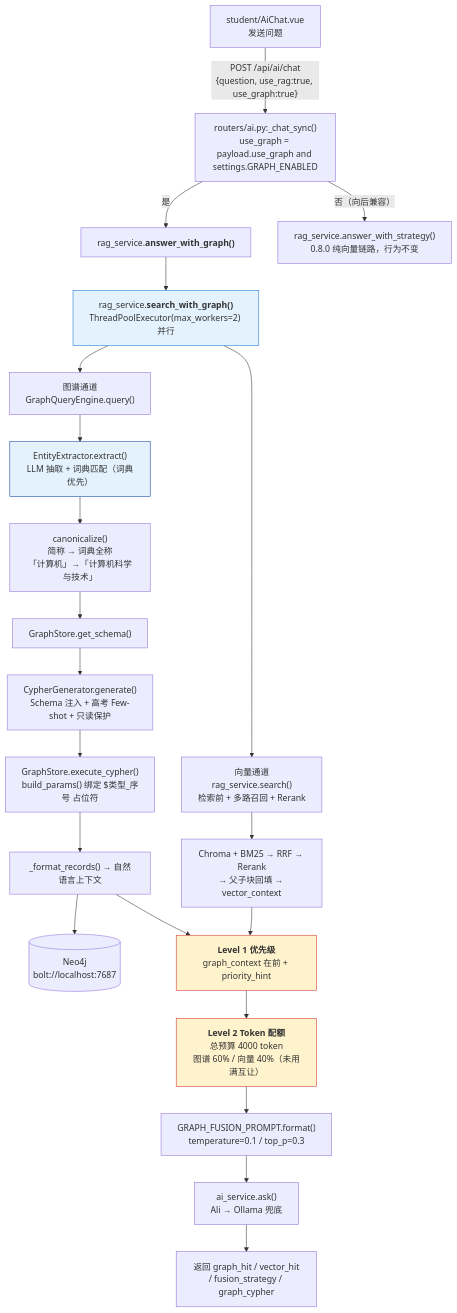
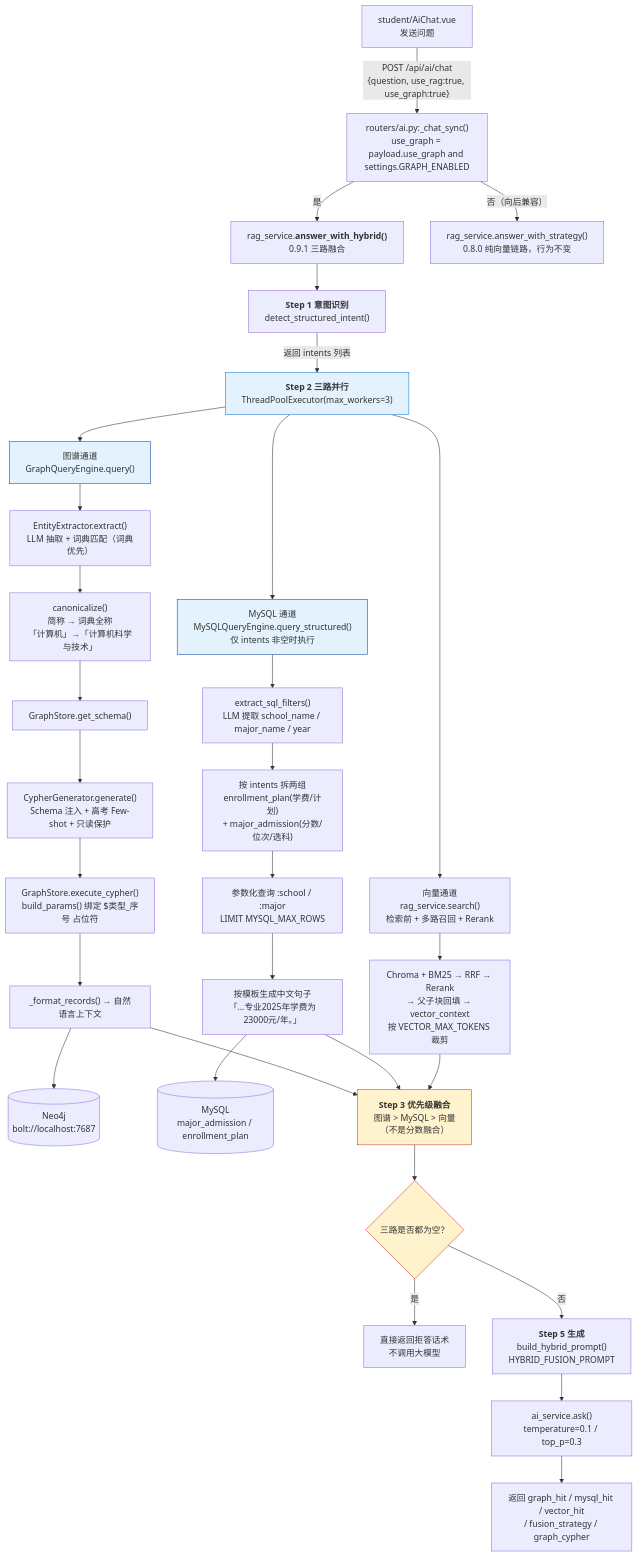
The sixth of 6 diagrams in README.md (TS-DE/college-application-process), drawn with Mermaid before and after one commit. The commit also changed other lines of this file and 9 other files, not shown here.

Commit message:
fix(rag): 0.9.1 修正检索顺序，新增三路融合（图谱 + MySQL + 向量），按「图谱 > MySQL > 向量」优先级分发

````diff
--- a/README.md
+++ b/README.md
@@ -606,32 +610,45 @@
 ```mermaid
 graph TD
     A["student/AiChat.vue<br/>发送问题"] -->|"POST /api/ai/chat<br/>{question, use_rag:true, use_graph:true}"| B["routers/ai.py:_chat_sync()<br/>use_graph = payload.use_graph and settings.GRAPH_ENABLED"]
-    B -->|"是"| C["rag_service.<b>answer_with_graph()</b>"]
+    B -->|"是"| C["rag_service.<b>answer_with_hybrid()</b><br/>0.9.1 三路融合"]
     B -->|"否（向后兼容）"| Z["rag_service.answer_with_strategy()<br/>0.8.0 纯向量链路，行为不变"]
 
-    C --> D["rag_service.<b>search_with_graph()</b><br/>ThreadPoolExecutor(max_workers=2) 并行"]
-    D --> D1["图谱通道<br/>GraphQueryEngine.query()"]
-    D --> D2["向量通道<br/>rag_service.search()<br/>检索前 + 多路召回 + Rerank"]
+    C --> S1["<b>Step 1 意图识别</b><br/>detect_structured_intent()"]
+    S1 -->|"返回 intents 列表"| S2["<b>Step 2 三路并行</b><br/>ThreadPoolExecutor(max_workers=3)"]
+
+    S2 --> D1["图谱通道<br/>GraphQueryEngine.query()"]
+    S2 --> D2["MySQL 通道<br/>MySQLQueryEngine.query_structured()<br/>仅 intents 非空时执行"]
+    S2 --> D3["向量通道<br/>rag_service.search()<br/>检索前 + 多路召回 + Rerank"]
 
     D1 --> E1["EntityExtractor.extract()<br/>LLM 抽取 + 词典匹配（词典优先）"]
     E1 --> E2["canonicalize()<br/>简称 → 词典全称<br/>「计算机」→「计算机科学与技术」"]
     E2 --> E3["GraphStore.get_schema()"]
     E3 --> E4["CypherGenerator.generate()<br/>Schema 注入 + 高考 Few-shot + 只读保护"]
     E4 --> E5["GraphStore.execute_cypher()<br/>build_params() 绑定 $类型_序号 占位符"]
     E5 --> E6["_format_records() → 自然语言上下文"]
-    E6 --> G[("Neo4j<br/>bolt://localhost:7687")]
+    E6 --> G1[("Neo4j<br/>bolt://localhost:7687")]
 
-    D2 --> F2["Chroma + BM25 → RRF → Rerank<br/>→ 父子块回填 → vector_context"]
+    D2 --> M1["extract_sql_filters()<br/>LLM 提取 school_name / major_name / year"]
+    M1 --> M2["按 intents 拆两组<br/>enrollment_plan(学费/计划)<br/>+ major_admission(分数/位次/选科)"]
+    M2 --> M3["参数化查询 :school / :major<br/>LIMIT MYSQL_MAX_ROWS"]
+    M3 --> M4["按模板生成中文句子<br/>「…专业2025年学费为23000元/年。」"]
+    M4 --> G2[("MySQL<br/>major_admission / enrollment_plan")]
 
-    E6 --> H["<b>Level 1 优先级</b><br/>graph_context 在前 + priority_hint"]
-    F2 --> H
-    H --> I["<b>Level 2 Token 配额</b><br/>总预算 4000 token<br/>图谱 60% / 向量 40%（未用满互让）"]
-    I --> J["GRAPH_FUSION_PROMPT.format()<br/>temperature=0.1 / top_p=0.3"]
-    J --> K["ai_service.ask()<br/>Ali → Ollama 兜底"]
-    K --> L["返回 graph_hit / vector_hit<br/>/ fusion_strategy / graph_cypher"]
+    D3 --> F3["Chroma + BM25 → RRF → Rerank<br/>→ 父子块回填 → vector_context<br/>按 VECTOR_MAX_TOKENS 裁剪"]
 
-    style D fill:#e3f2fd,stroke:#1976d2
-    style E1 fill:#e3f2fd,stroke:#0d47a1
+    E6 --> H["<b>Step 3 优先级融合</b><br/>图谱 > MySQL > 向量<br/>（不是分数融合）"]
+    M4 --> H
+    F3 --> H
+
+    H --> I{"三路是否都为空？"}
+    I -->|"是"| J1["直接返回拒答话术<br/>不调用大模型"]
+    I -->|"否"| J2["<b>Step 5 生成</b><br/>build_hybrid_prompt()<br/>HYBRID_FUSION_PROMPT"]
+    J2 --> K["ai_service.ask()<br/>temperature=0.1 / top_p=0.3"]
+    K --> L["返回 graph_hit / mysql_hit / vector_hit<br/>/ fusion_strategy / graph_cypher"]
+
+    style S2 fill:#e3f2fd,stroke:#1976d2
+    style D1 fill:#e3f2fd,stroke:#0d47a1
+    style D2 fill:#e3f2fd,stroke:#0d47a1
     style H fill:#fff3cd,stroke:#d32f2f
     style I fill:#fff3cd,stroke:#d32f2f
 ```
````
